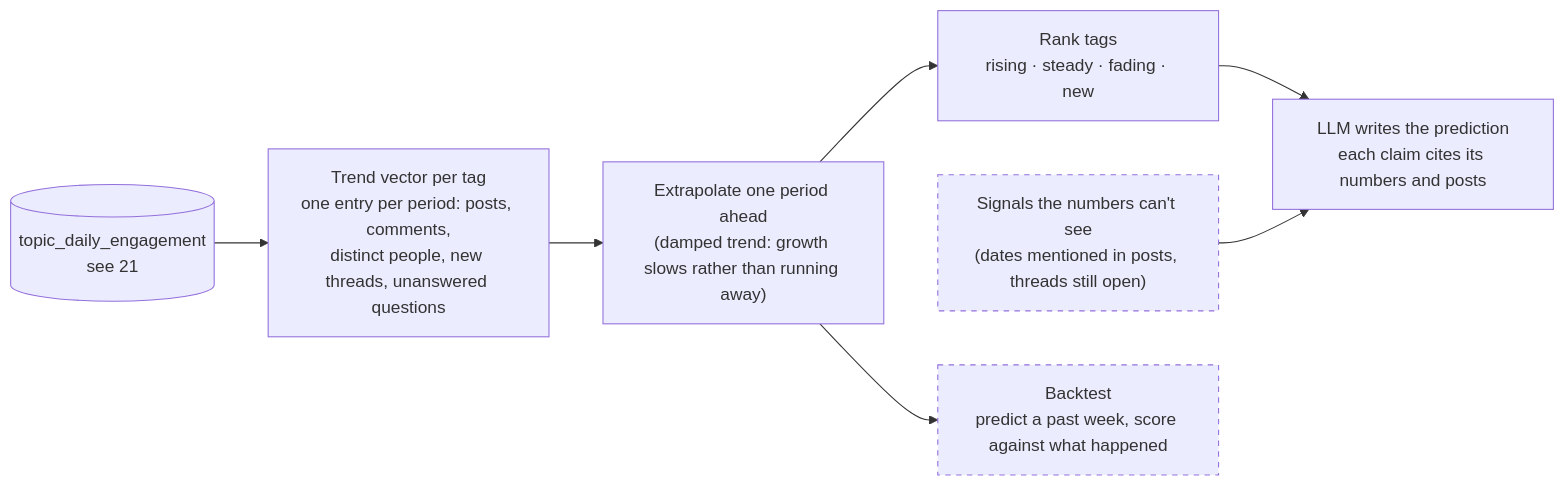
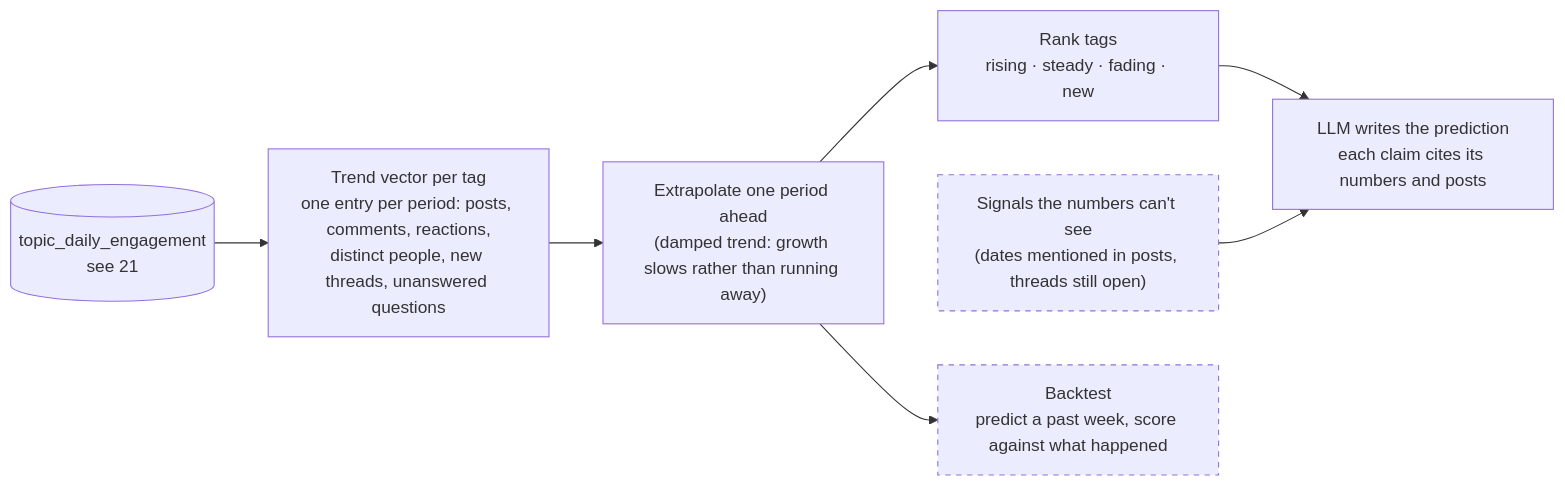
Before and after one commit to brianaderer/transcendent: the diagram in docs/atlas/50-prediction.md, drawn with Mermaid. The commit also changed other lines of this file and 8 other files, not shown here.

````diff
--- a/docs/atlas/50-prediction.md
+++ b/docs/atlas/50-prediction.md
@@ -13,16 +13,16 @@
 ```mermaid
 flowchart LR
     ENG[("topic_daily_engagement<br/>see 21")]
-    VEC["Trend vector per tag<br/>one entry per period: posts, comments,<br/>distinct people, new threads, unanswered questions"]
+    VEC["Trend vector per tag<br/>one entry per period: posts, comments, reactions,<br/>distinct people, new threads, unanswered questions"]
     FIT["Extrapolate one period ahead<br/>(damped trend: growth slows rather than running away)"]
     RANK["Rank tags<br/>rising · steady · fading · new"]
     CTX["Signals the numbers can't see<br/>(dates mentioned in posts, threads still open)"]
     LLM["LLM writes the prediction<br/>each claim cites its numbers and posts"]
     BT["Backtest<br/>predict a past week, score against what happened"]
 
     ENG --> VEC --> FIT --> RANK --> LLM
     CTX --> LLM
     FIT --> BT
     classDef open stroke-dasharray: 5 5
     class CTX,BT open
 ```
````
